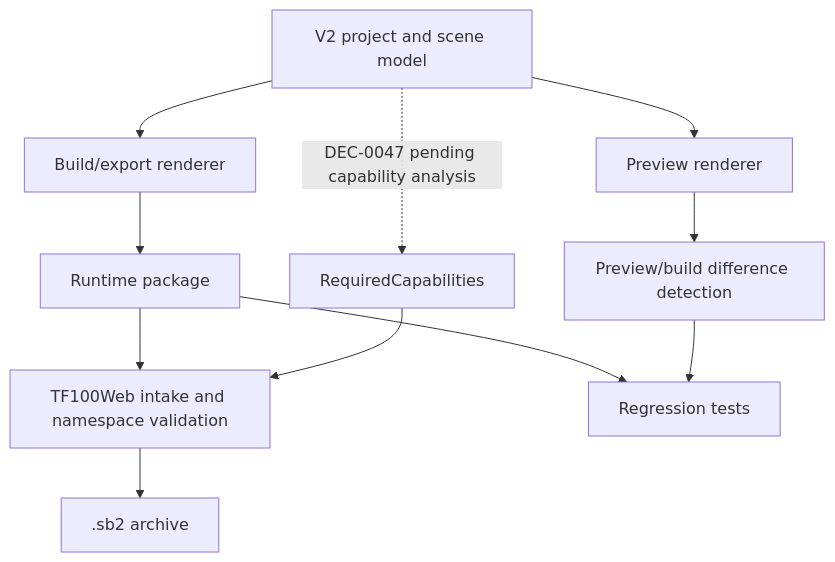
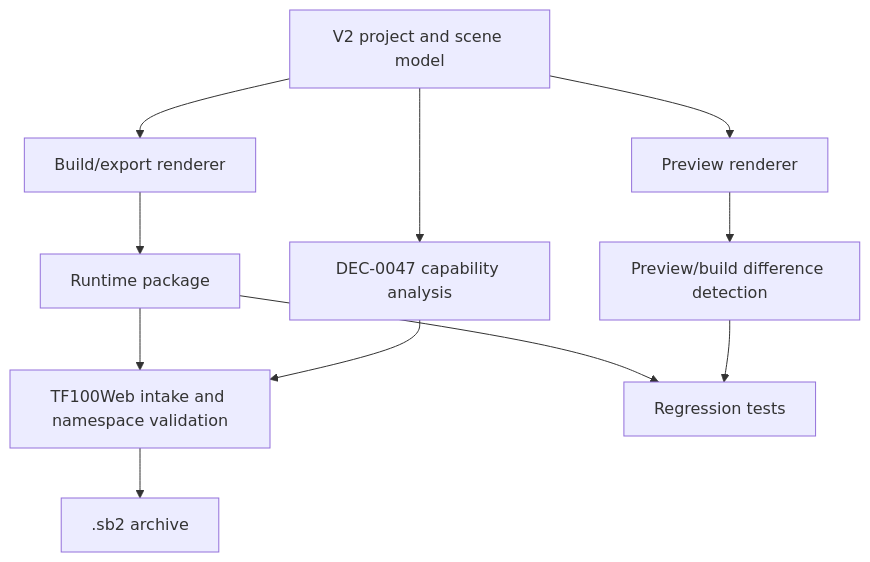
The diagram in docs/03_runtime_contracts/PREVIEW_BUILD_EXPORT_CONTRACT_V2.md (technologiesflorizon/scadabuilder), drawn with Mermaid before and after one commit. The commit also changed other lines of this file and 11 other files, not shown here.

````diff
--- a/docs/03_runtime_contracts/PREVIEW_BUILD_EXPORT_CONTRACT_V2.md
+++ b/docs/03_runtime_contracts/PREVIEW_BUILD_EXPORT_CONTRACT_V2.md
@@ -71,13 +75,13 @@
 ```mermaid
 flowchart TD
   Model[V2 project and scene model] --> Preview[Preview renderer]
   Model --> Build[Build/export renderer]
   Preview --> Diff[Preview/build difference detection]
   Build --> Package[Runtime package]
   Package --> Validate[TF100Web intake and namespace validation]
   Validate --> Archive[.sb2 archive]
   Package --> Tests[Regression tests]
   Diff --> Tests
-  Model -. DEC-0047 pending capability analysis .-> Capabilities[RequiredCapabilities]
+  Model --> Capabilities[DEC-0047 capability analysis]
   Capabilities --> Validate
 ```
````
